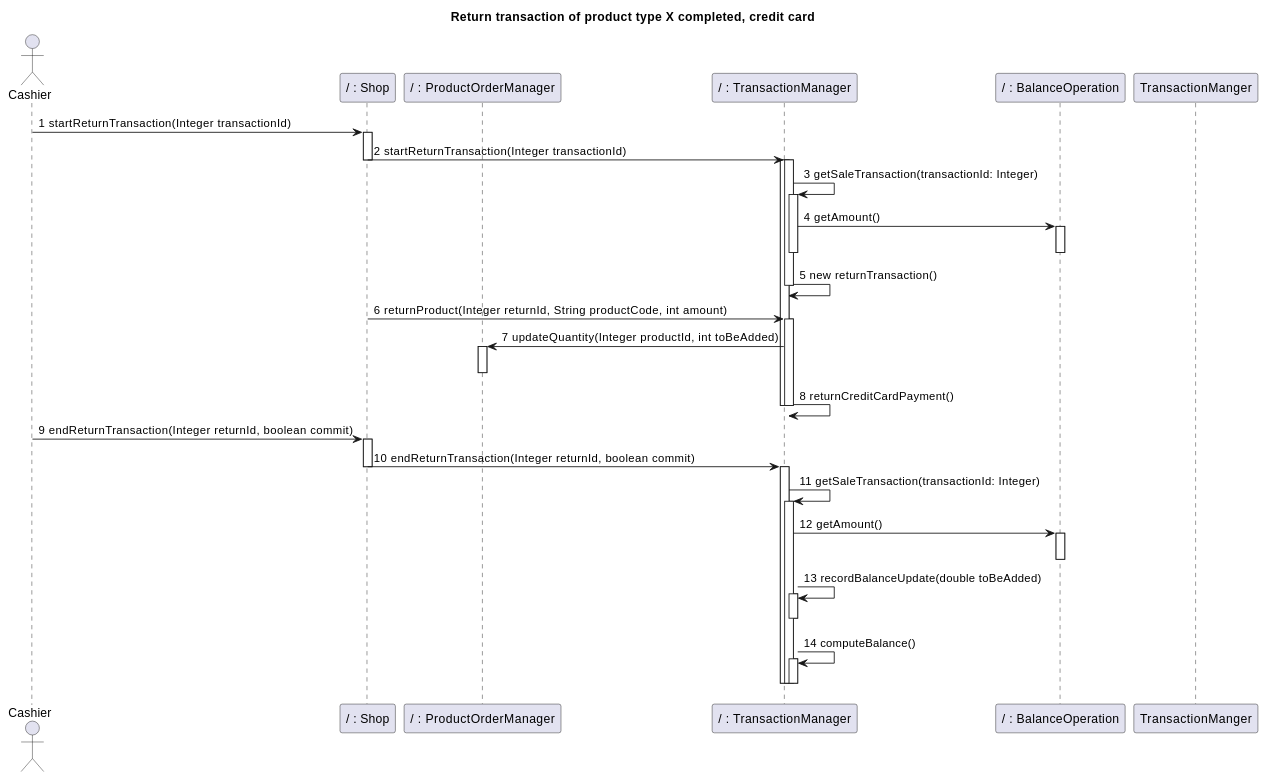
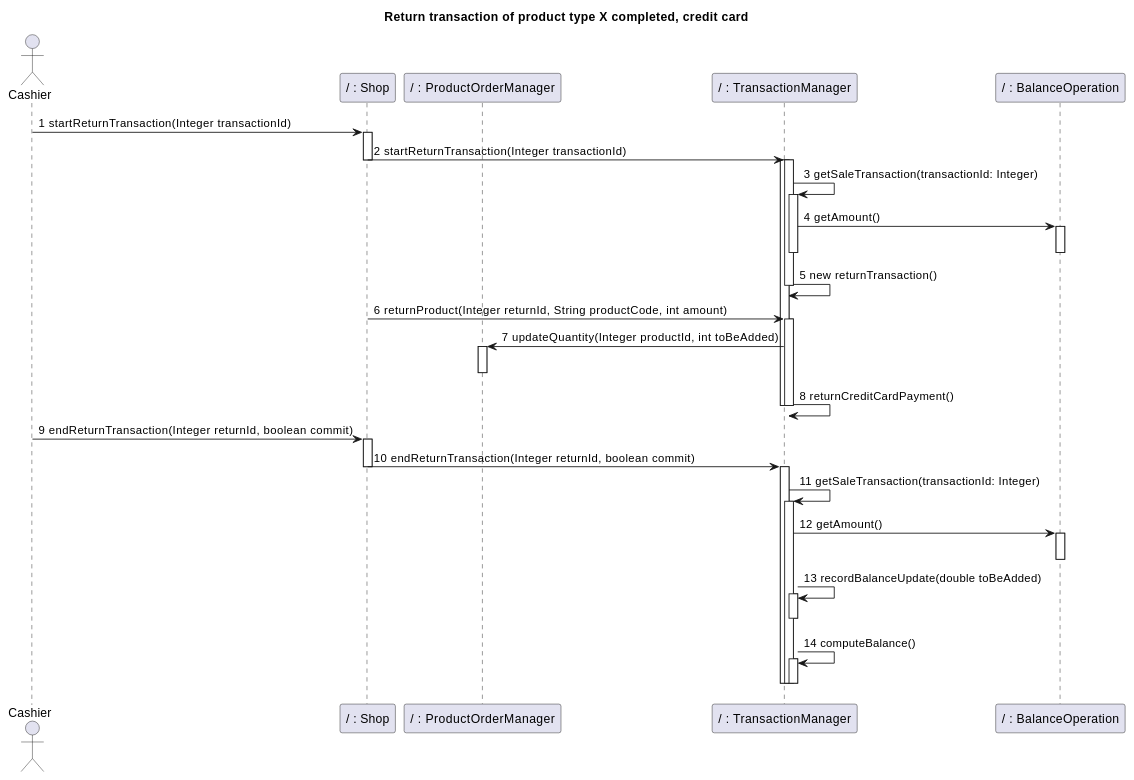
Before and after one commit to nicolabattaglino/ezshop: diagram 28 of 32 in Deliverables/DesignDocument.md, drawn with PlantUML. The commit also changed other lines of this file, not shown here.

Commit message:
formattinj

````diff
--- a/Deliverables/DesignDocument.md
+++ b/Deliverables/DesignDocument.md
@@ -1363,58 +1363,56 @@
 ```plantuml
 @startuml
 
 title
 Return transaction of product type X completed, credit card
 end title
 
 
 actor Cashier
 participant "/ : Shop" as Shop
 participant "/ : ProductOrderManager" as ProductOrderManager
 participant "/ : TransactionManager" as TransactionManager
 participant "/ : BalanceOperation" as BalanceOperation
 Cashier -> Shop :1 startReturnTransaction(Integer transactionId)
 activate Shop
 Shop -> TransactionManager:2 startReturnTransaction(Integer transactionId)
 Deactivate Shop
 activate TransactionManager
 activate TransactionManager
 TransactionManager -> TransactionManager:3 getSaleTransaction(transactionId: Integer)
 activate TransactionManager
 TransactionManager -> BalanceOperation :4 getAmount()
 activate BalanceOperation
 deactivate BalanceOperation
 deactivate TransactionManager
 TransactionManager -> TransactionManager:5 new returnTransaction()
 deactivate TransactionManager
 Shop -> TransactionManager:6 returnProduct(Integer returnId, String productCode, int amount)
 activate TransactionManager
 TransactionManager -> ProductOrderManager:7 updateQuantity(Integer productId, int toBeAdded)
 activate ProductOrderManager
 deactivate ProductOrderManager
 TransactionManager -> TransactionManager:8 returnCreditCardPayment()
 deactivate TransactionManager 
 deactivate TransactionManager 
 Cashier -> Shop :9 endReturnTransaction(Integer returnId, boolean commit)
 activate Shop
 Shop -> TransactionManager:10 endReturnTransaction(Integer returnId, boolean commit)
 deactivate Shop
 activate TransactionManager
 TransactionManager -> TransactionManager:11 getSaleTransaction(transactionId: Integer)
 activate TransactionManager
 TransactionManager -> BalanceOperation :12 getAmount()
 activate BalanceOperation
-deactivate BalanceOperation
-deactivate TransactionManger 
-deactivate TransactionManger 
+deactivate BalanceOperation 
 TransactionManager -> TransactionManager:13 recordBalanceUpdate(double toBeAdded)
 activate TransactionManager 
 deactivate TransactionManager 
 TransactionManager -> TransactionManager:14 computeBalance()
 activate TransactionManager
 deactivate TransactionManager
 deactivate TransactionManager
 deactivate TransactionManager 
 
 @enduml
 ```
````
